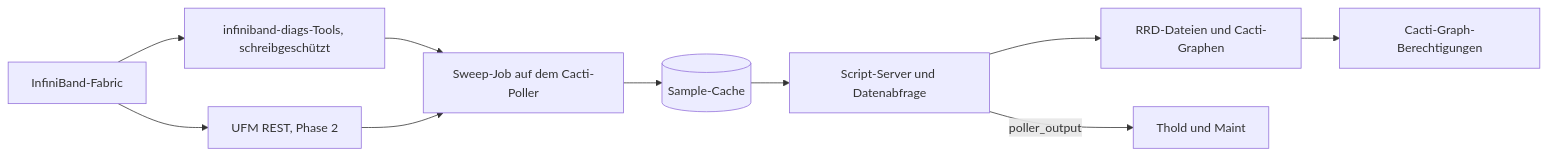
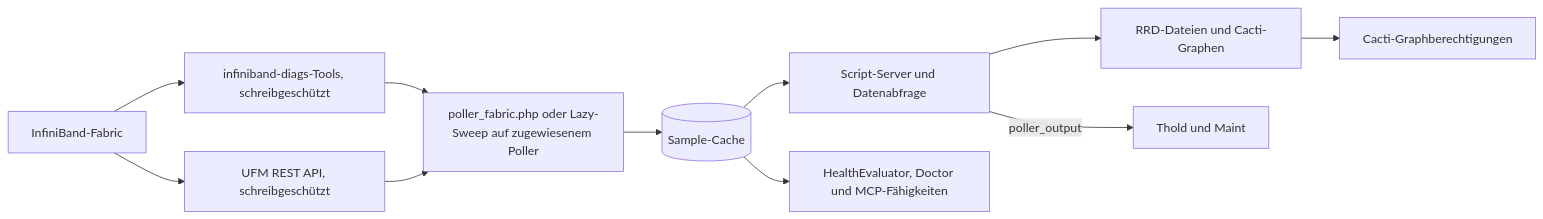
One commit to somethingwithproof/plugin_fabric changed the diagram in docs/i18n/de-DE/README.md. Above: the diagram before and after it, drawn with Mermaid. The commit also changed other lines of this file and 48 other files, not shown here.

````diff
--- a/docs/i18n/de-DE/README.md
+++ b/docs/i18n/de-DE/README.md
@@ -92,12 +132,13 @@
 ```mermaid
 flowchart LR
-    F[InfiniBand-Fabric] --> T[infiniband-diags-Tools, schreibgeschützt]
-    F --> U[UFM REST, Phase 2]
-    T --> S[Sweep-Job auf dem Cacti-Poller]
+    F["InfiniBand-Fabric"] --> T["infiniband-diags-Tools, schreibgeschützt"]
+    F --> U["UFM REST API, schreibgeschützt"]
+    T --> S["poller_fabric.php oder Lazy-Sweep auf zugewiesenem Poller"]
     U --> S
-    S --> C[(Sample-Cache)]
-    C --> SS[Script-Server und Datenabfrage]
-    SS --> R[RRD-Dateien und Cacti-Graphen]
-    SS -->|poller_output| TH[Thold und Maint]
-    R --> P[Cacti-Graph-Berechtigungen]
+    S --> C[("Sample-Cache")]
+    C --> SS["Script-Server und Datenabfrage"]
+    SS --> R["RRD-Dateien und Cacti-Graphen"]
+    SS -->|poller_output| TH["Thold und Maint"]
+    C --> H["HealthEvaluator, Doctor und MCP-Fähigkeiten"]
+    R --> P["Cacti-Graphberechtigungen"]
 ```
````
